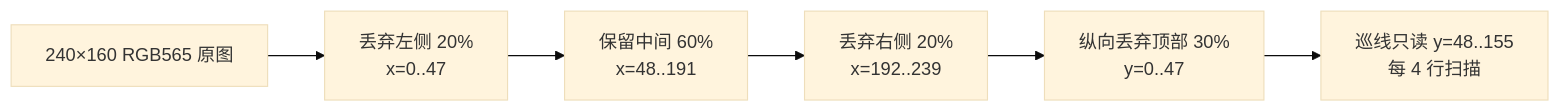
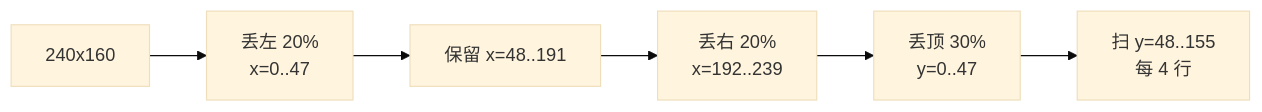
One commit to cyk579/vscode-esp32s3_testcode changed the second of 7 diagrams in esp-projects/camera-test/LINE_FOLLOW_FLOW.md. Above: the diagram before and after it, drawn with Mermaid (base theme). The commit also changed other lines of this file and 2 other files, not shown here.

First line of the commit message:
docs(camera): rewrite the line-follow flow for the new architecture

````diff
--- a/esp-projects/camera-test/LINE_FOLLOW_FLOW.md
+++ b/esp-projects/camera-test/LINE_FOLLOW_FLOW.md
@@ -31,8 +29,8 @@
 ```mermaid
 flowchart LR
-    A[240×160 RGB565 原图] --> B[丢弃左侧 20%<br/>x=0..47]
-    B --> C[保留中间 60%<br/>x=48..191]
-    C --> D[丢弃右侧 20%<br/>x=192..239]
-    D --> E[纵向丢弃顶部 30%<br/>y=0..47]
-    E --> F[巡线只读 y=48..155<br/>每 4 行扫描]
+    A[240x160] --> B[丢左 20%<br/>x=0..47]
+    B --> C[保留 x=48..191]
+    C --> D[丢右 20%<br/>x=192..239]
+    D --> E[丢顶 30%<br/>y=0..47]
+    E --> F[扫 y=48..155<br/>每 4 行]
 ```
````
